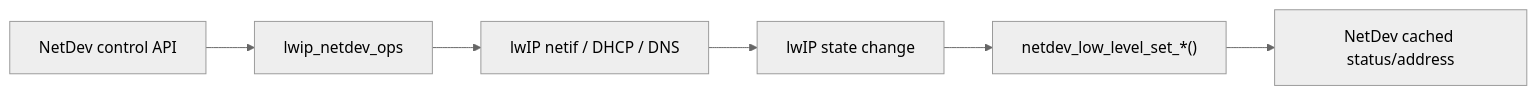
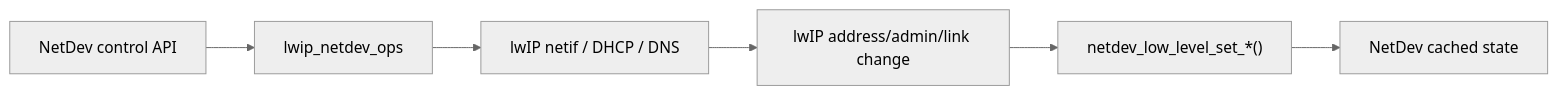
Before and after one commit to wdfk-prog/lwIP-Source-Lab: the fourth of 5 diagrams in docs/41-rtthread-netdev-multi-backend.md, drawn with Mermaid (neutral theme). The commit also changed other lines of this file and 49 other files, not shown here.

````diff
--- a/docs/41-rtthread-netdev-multi-backend.md
+++ b/docs/41-rtthread-netdev-multi-backend.md
@@ -233,8 +762,8 @@
 ```mermaid
 flowchart LR
     A["NetDev control API"] --> B["lwip_netdev_ops"]
     B --> C["lwIP netif / DHCP / DNS"]
-    C --> D["lwIP state change"]
+    C --> D["lwIP address/admin/link change"]
     D --> E["netdev_low_level_set_*()"]
-    E --> F["NetDev cached status/address"]
+    E --> F["NetDev cached state"]
 ```
````
